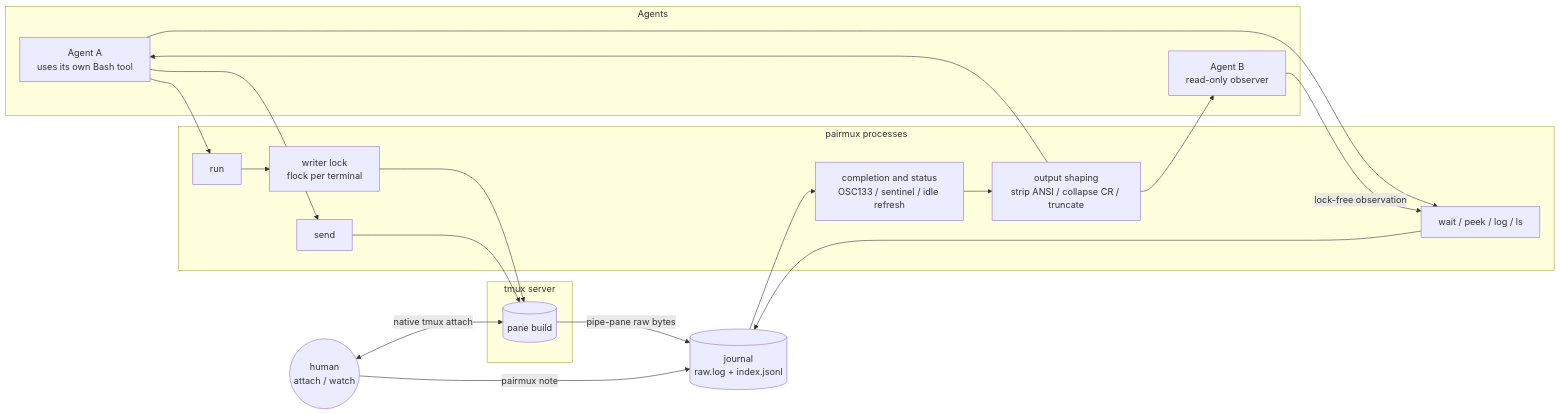
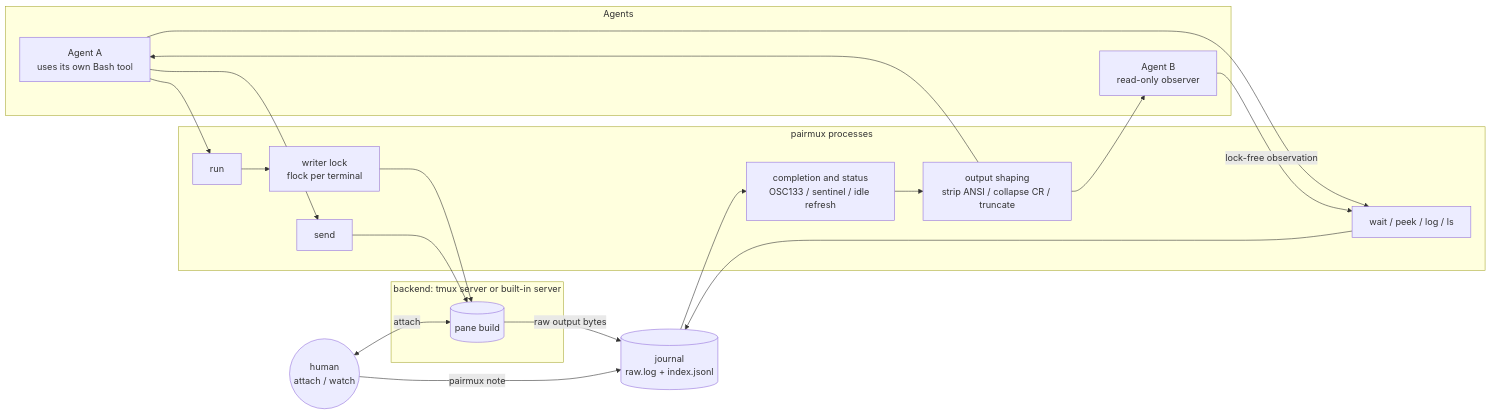
One commit to treeleaves30760/pairmux changed the diagram in website/docs/concepts.md. Above: the diagram before and after it, drawn with Mermaid. The commit also changed other lines of this file and 18 other files, not shown here.

````diff
--- a/website/docs/concepts.md
+++ b/website/docs/concepts.md
@@ -17,31 +23,31 @@
 ```mermaid
 flowchart LR
   subgraph agents [Agents]
     A1[Agent A<br/>uses its own Bash tool]
     A2[Agent B<br/>read-only observer]
   end
   subgraph cli [pairmux processes]
     RUN[run]
     INPUT[send]
     READ[wait / peek / log / ls]
     LOCK[writer lock<br/>flock per terminal]
     DETECT[completion and status<br/>OSC133 / sentinel / idle refresh]
     SHAPE[output shaping<br/>strip ANSI / collapse CR / truncate]
   end
-  subgraph tserver [tmux server]
+  subgraph tserver [backend: tmux server or built-in server]
     P1[(pane build)]
   end
   J[(journal<br/>raw.log + index.jsonl)]
   H((human<br/>attach / watch))
 
   A1 --> RUN --> LOCK --> P1
   A1 --> INPUT --> P1
   A1 --> READ
   A2 -->|lock-free observation| READ
   READ --> J
-  P1 -->|pipe-pane raw bytes| J
+  P1 -->|raw output bytes| J
   J --> DETECT --> SHAPE --> A1
   SHAPE --> A2
-  H <-->|native tmux attach| P1
+  H <-->|attach| P1
   H -->|pairmux note| J
 ```
````
